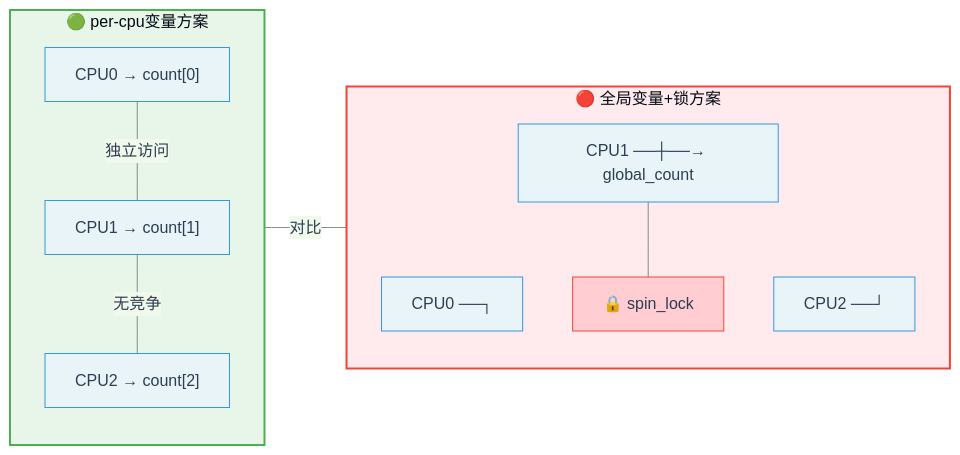
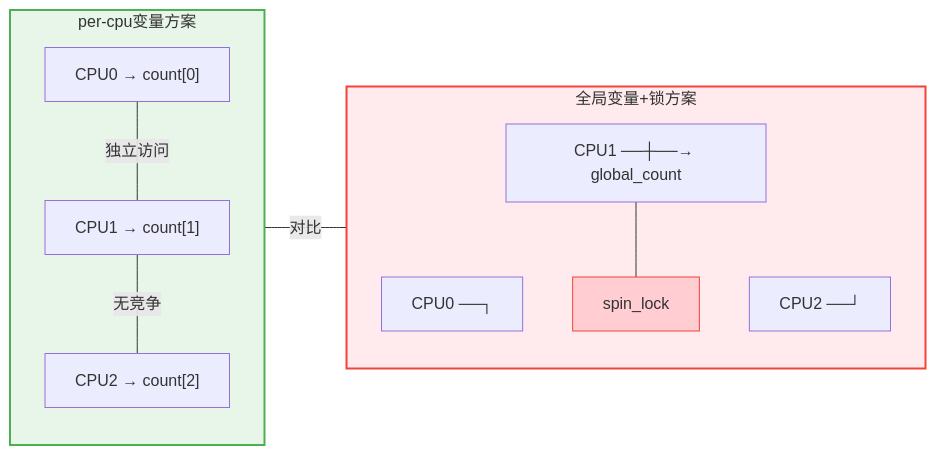
One commit to xiaohong0925/Embedded_Knowledge_System_V2026 changed the diagram in docs/02-核心机制深度解析/第13章 并发与同步/13.5.3_per-cpu变量.md. Above: the diagram before and after it, drawn with Mermaid. The commit also changed other lines of this file and 43 other files, not shown here.

````diff
--- a/docs/02-核心机制深度解析/第13章 并发与同步/13.5.3_per-cpu变量.md
+++ b/docs/02-核心机制深度解析/第13章 并发与同步/13.5.3_per-cpu变量.md
@@ -140,27 +139,26 @@
 ```mermaid
-%%{init: {'theme': 'base', 'themeVariables': {'primaryColor': '#e8f4f8', 'primaryTextColor': '#2c3e50', 'primaryBorderColor': '#3498db', 'lineColor': '#7f8c8d', 'secondaryColor': '#f0f9eb', 'tertiaryColor': '#fdf6ec'}}}%%
 graph LR
-    subgraph PER["🟢 per-cpu变量方案"]
+    subgraph PER["per-cpu变量方案"]
         direction TB
         CPU1["CPU0 → count[0]"]
         CPU2["CPU1 → count[1]"]
         CPU3["CPU2 → count[2]"]
         CPU1 ---|"独立访问"| CPU2
         CPU2 ---|"无竞争"| CPU3
     end
 
-    subgraph GLB["🔴 全局变量+锁方案"]
+    subgraph GLB["全局变量+锁方案"]
         direction TB
         G0["CPU0 ──┐"]
         G1["CPU1 ──┼──→ global_count"]
         G2["CPU2 ──┘"]
-        LOCK["🔒 spin_lock"]
+        LOCK["spin_lock"]
         G1 --- LOCK
     end
 
     PER ---|"对比"| GLB
 
     style PER fill:#e8f5e9,stroke:#4caf50,stroke-width:2px
     style GLB fill:#ffebee,stroke:#f44336,stroke-width:2px
     style LOCK fill:#ffcdd2,stroke:#f44336
 ```
````
